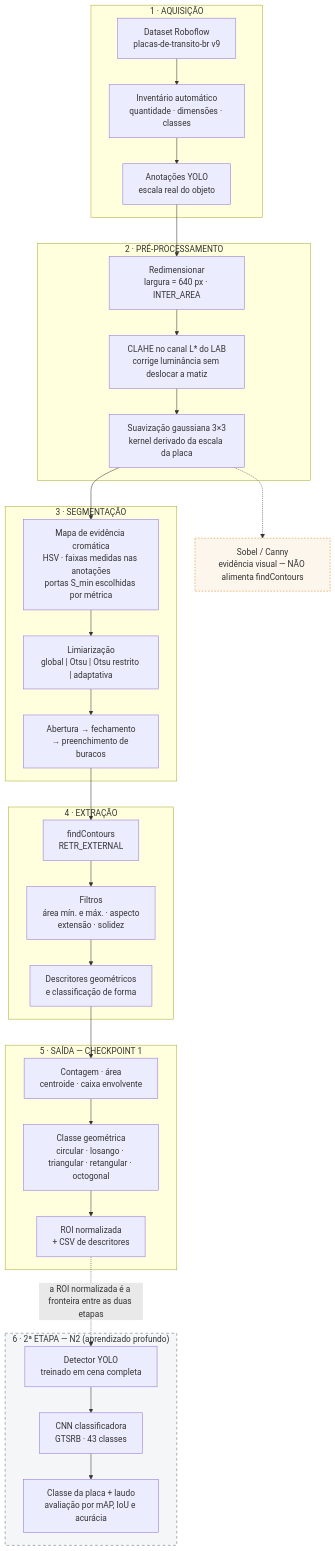
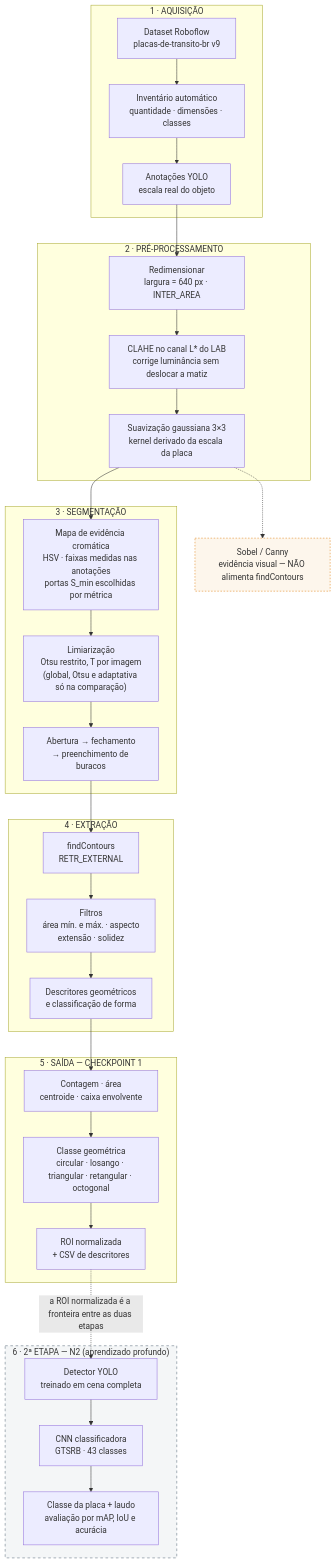
Before and after one commit to CaioHenri99/aed-visao-placas-transito: the diagram in docs/arquitetura.md, drawn with Mermaid. The commit also changed 9 other files, not shown here.

````diff
--- a/docs/arquitetura.md
+++ b/docs/arquitetura.md
@@ -13,56 +13,56 @@
 ```mermaid
 flowchart TD
     subgraph AQ["1 · AQUISIÇÃO"]
         A1["Dataset Roboflow<br/>placas-de-transito-br v9"]
         A2["Inventário automático<br/>quantidade · dimensões · classes"]
         A3["Anotações YOLO<br/>escala real do objeto"]
         A1 --> A2 --> A3
     end
 
     subgraph PRE["2 · PRÉ-PROCESSAMENTO"]
         B1["Redimensionar<br/>largura = 640 px · INTER_AREA"]
         B2["CLAHE no canal L* do LAB<br/>corrige luminância sem deslocar a matiz"]
         B3["Suavização gaussiana 3×3<br/>kernel derivado da escala da placa"]
         B1 --> B2 --> B3
     end
 
     subgraph SEG["3 · SEGMENTAÇÃO"]
         C1["Mapa de evidência cromática<br/>HSV · faixas medidas nas anotações<br/>portas S_min escolhidas por métrica"]
-        C2["Limiarização<br/>global | Otsu | Otsu restrito | adaptativa"]
+        C2["Limiarização<br/>Otsu restrito, T por imagem<br/>(global, Otsu e adaptativa só na comparação)"]
         C3["Abertura → fechamento<br/>→ preenchimento de buracos"]
         C1 --> C2 --> C3
     end
 
     subgraph EXT["4 · EXTRAÇÃO"]
         D1["findContours<br/>RETR_EXTERNAL"]
         D2["Filtros<br/>área mín. e máx. · aspecto<br/>extensão · solidez"]
         D3["Descritores geométricos<br/>e classificação de forma"]
         D1 --> D2 --> D3
     end
 
     subgraph OUT["5 · SAÍDA — CHECKPOINT 1"]
         E1["Contagem · área<br/>centroide · caixa envolvente"]
         E2["Classe geométrica<br/>circular · losango · triangular · retangular · octogonal"]
         E3["ROI normalizada<br/>+ CSV de descritores"]
         E1 --> E2 --> E3
     end
 
     subgraph N2["6 · 2ª ETAPA — N2 (aprendizado profundo)"]
         F1["Detector YOLO<br/>treinado em cena completa"]
         F2["CNN classificadora<br/>GTSRB · 43 classes"]
         F3["Classe da placa + laudo<br/>avaliação por mAP, IoU e acurácia"]
         F1 --> F2 --> F3
     end
 
     CANNY["Sobel / Canny<br/>evidência visual — NÃO alimenta findContours"]
 
     A3 --> B1
     B3 --> C1
     C3 --> D1
     D3 --> E1
     E3 -.->|"a ROI normalizada é a fronteira entre as duas etapas"| F1
     B3 -.-> CANNY
 
     style N2 fill:#f4f6f7,stroke:#5a6b7b,stroke-dasharray: 5 5
     style CANNY fill:#fdf6ec,stroke:#e08214,stroke-dasharray: 3 3
 ```
````
